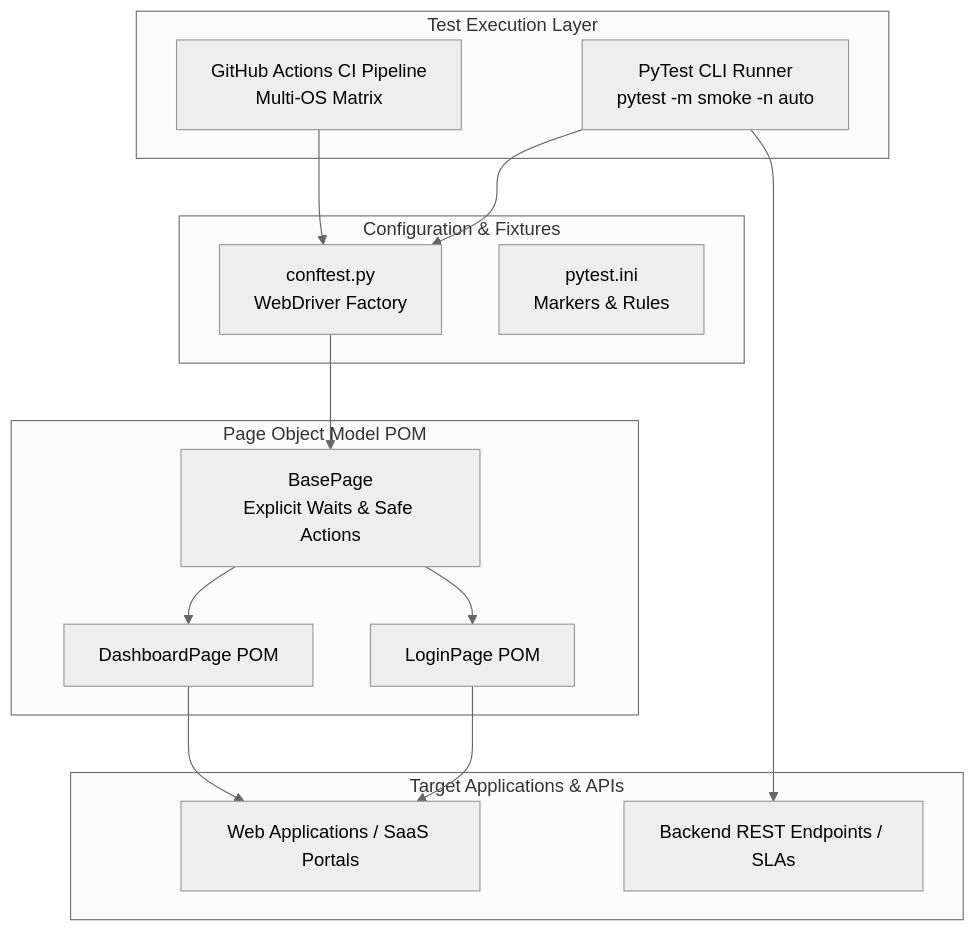
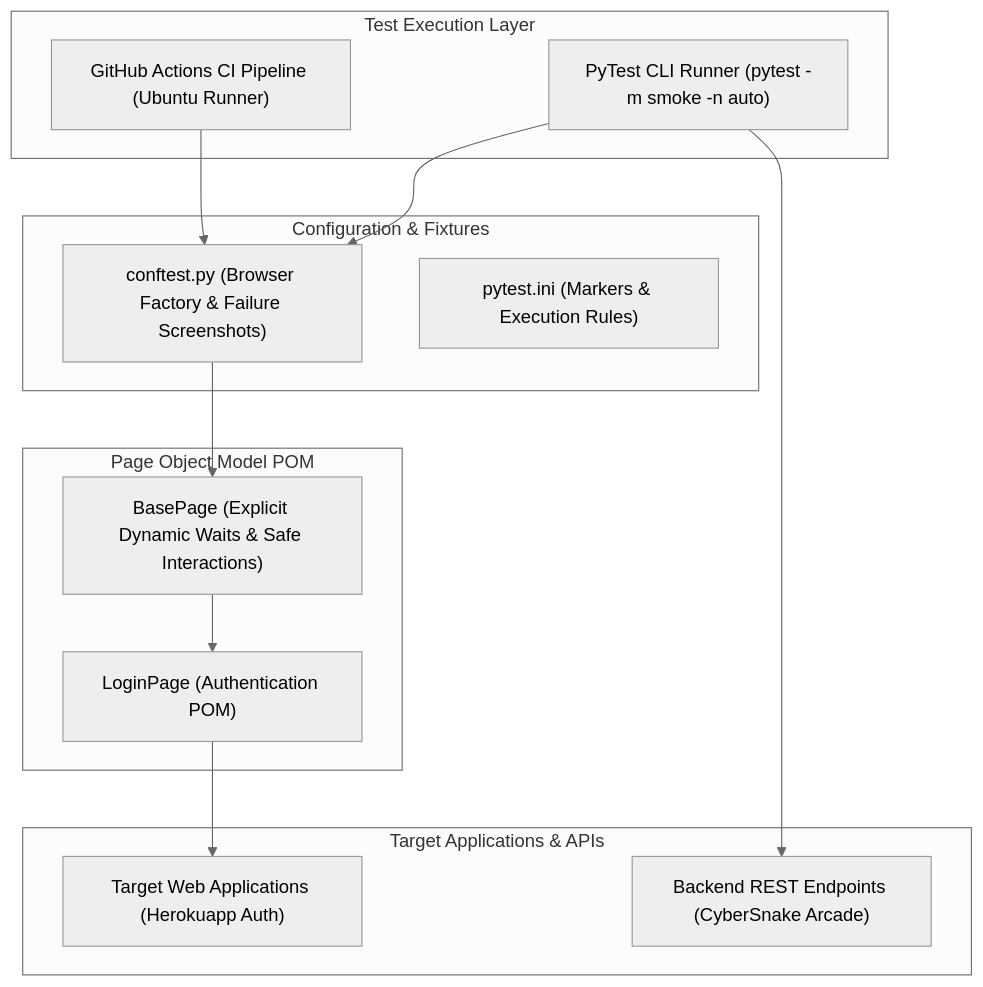
The diagram in README.md (Aryan-136/qa-automation-framework), drawn with Mermaid (neutral theme) before and after one commit. The commit also changed other lines of this file and 8 other files, not shown here.

Commit message:
fix(framework): integrate POM, fix fixture shadowing, enhance waits, and stabilize CI/SLA tests

````diff
--- a/README.md
+++ b/README.md
@@ -14,32 +14,29 @@
 ```mermaid
 flowchart TD
     subgraph Test Execution Layer
-        CLI[PyTest CLI Runner<br/>pytest -m smoke -n auto]
-        CI[GitHub Actions CI Pipeline<br/>Multi-OS Matrix]
+        CLI["PyTest CLI Runner (pytest -m smoke -n auto)"]
+        CI["GitHub Actions CI Pipeline (Ubuntu Runner)"]
     end
 
     subgraph Configuration & Fixtures
-        Conf[conftest.py<br/>WebDriver Factory]
-        Ini[pytest.ini<br/>Markers & Rules]
+        Conf["conftest.py (Browser Factory & Failure Screenshots)"]
+        Ini["pytest.ini (Markers & Execution Rules)"]
     end
 
     subgraph Page Object Model POM
-        Base[BasePage<br/>Explicit Waits & Safe Actions]
-        LoginPage[LoginPage POM]
-        DashPage[DashboardPage POM]
+        Base["BasePage (Explicit Dynamic Waits & Safe Interactions)"]
+        LoginPage["LoginPage (Authentication POM)"]
     end
 
     subgraph Target Applications & APIs
-        Web[Web Applications / SaaS Portals]
-        API[Backend REST Endpoints / SLAs]
+        Web["Target Web Applications (Herokuapp Auth)"]
+        API["Backend REST Endpoints (CyberSnake Arcade)"]
     end
 
     CLI --> Conf
     CI --> Conf
     Conf --> Base
     Base --> LoginPage
-    Base --> DashPage
     LoginPage --> Web
-    DashPage --> Web
     CLI --> API
 ```
````
